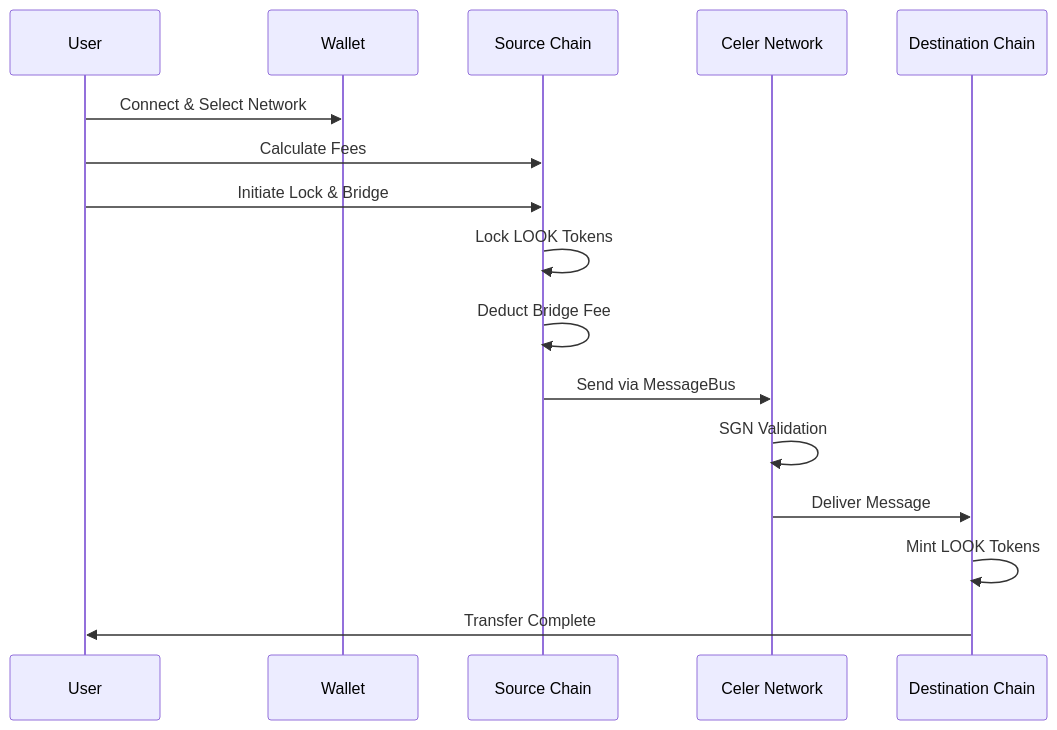
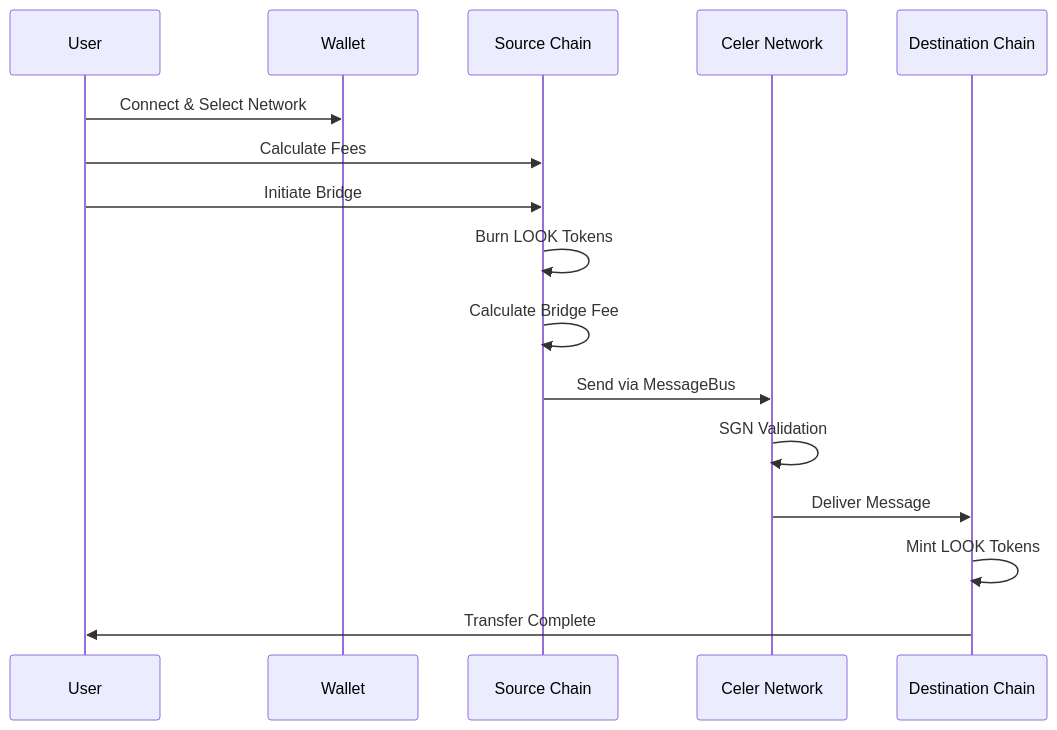
The fourth of 6 diagrams in docs/USER_FLOW.md (lookcard-dev/lookcoin-contract), drawn with Mermaid before and after one commit. The commit also changed other lines of this file and 41 other files, not shown here.

First line of the commit message:
Enhance cross-chain capabilities and modular architecture

````diff
--- a/docs/USER_FLOW.md
+++ b/docs/USER_FLOW.md
@@ -120,19 +180,19 @@
 ```mermaid
 sequenceDiagram
     participant User
     participant Wallet
     participant Source Chain
     participant Celer Network
     participant Destination Chain
 
     User->>Wallet: Connect & Select Network
     User->>Source Chain: Calculate Fees
-    User->>Source Chain: Initiate Lock & Bridge
-    Source Chain->>Source Chain: Lock LOOK Tokens
-    Source Chain->>Source Chain: Deduct Bridge Fee
+    User->>Source Chain: Initiate Bridge
+    Source Chain->>Source Chain: Burn LOOK Tokens
+    Source Chain->>Source Chain: Calculate Bridge Fee
     Source Chain->>Celer Network: Send via MessageBus
     Celer Network->>Celer Network: SGN Validation
     Celer Network->>Destination Chain: Deliver Message
     Destination Chain->>Destination Chain: Mint LOOK Tokens
     Destination Chain->>User: Transfer Complete
 ```
````
